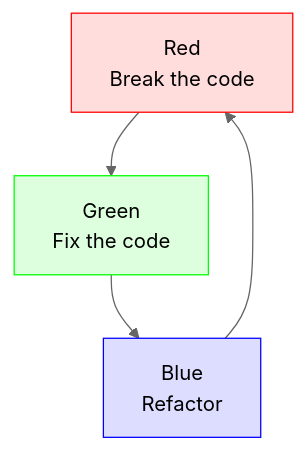
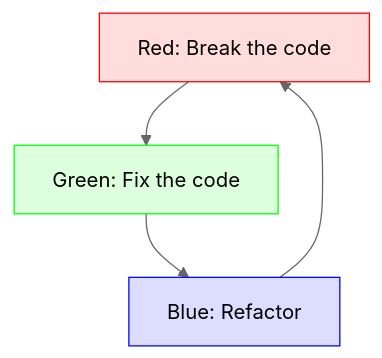
Before and after one commit to richelbilderbeek/bevy_tdd_book: the diagram in docs/chapters/hello_world.md, drawn with Mermaid (neutral theme). The commit also changed 3 other files, not shown here.

Commit message:
Fix diagrams, hanks @TheoPannetier

````diff
--- a/docs/chapters/hello_world.md
+++ b/docs/chapters/hello_world.md
@@ -29,12 +29,12 @@
 ```mermaid
 flowchart TD
   classDef red_node fill:#fdd,color:#000,stroke:#f00
   classDef green_node fill:#dfd,color:#000,stroke:#0f0
   classDef blue_node fill:#ddf,color:#000,stroke:#00f
 
-  red[Red\nBreak the code]:::red_node
-  green[Green\nFix the code]:::green_node
-  blue[Blue\nRefactor]:::blue_node
+  red[Red: Break the code]:::red_node
+  green[Green: Fix the code]:::green_node
+  blue[Blue: Refactor]:::blue_node
 
   red --> green --> blue --> red
 ```
````
